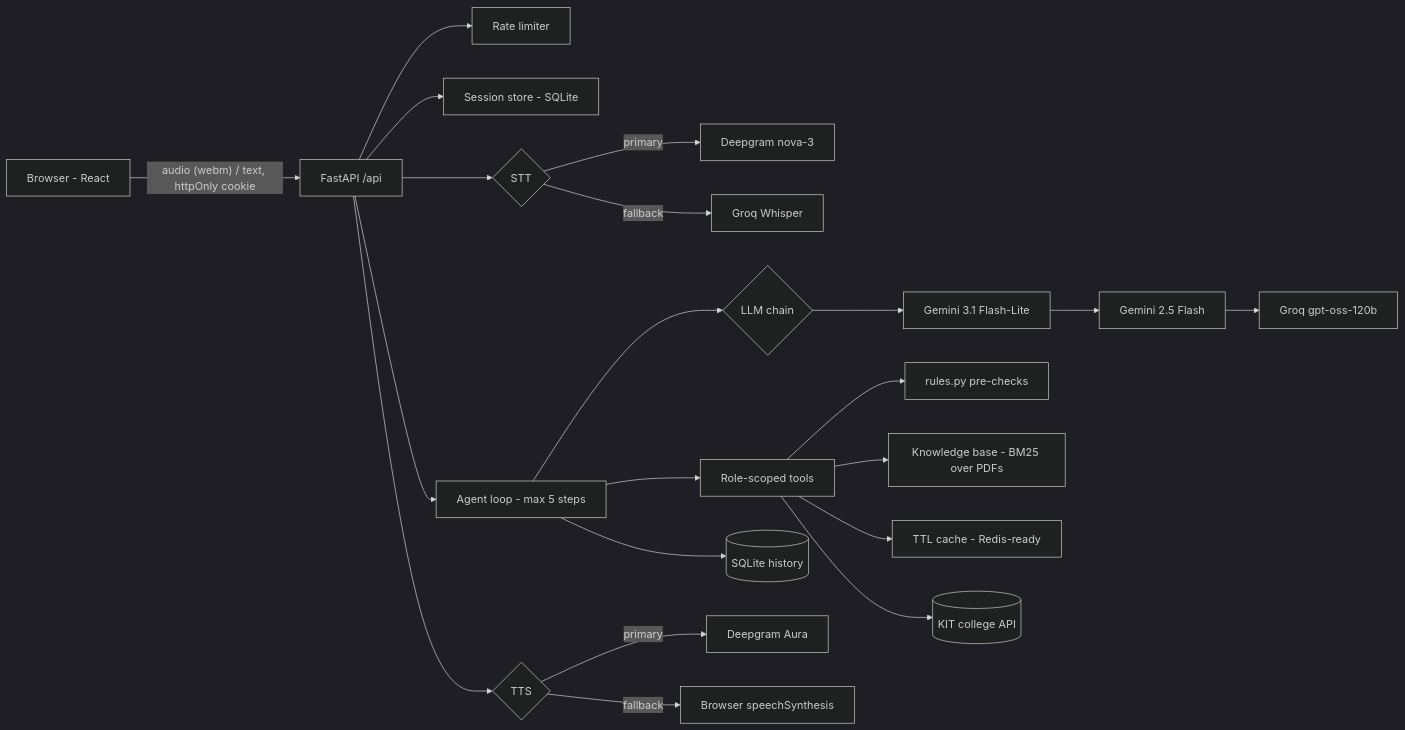
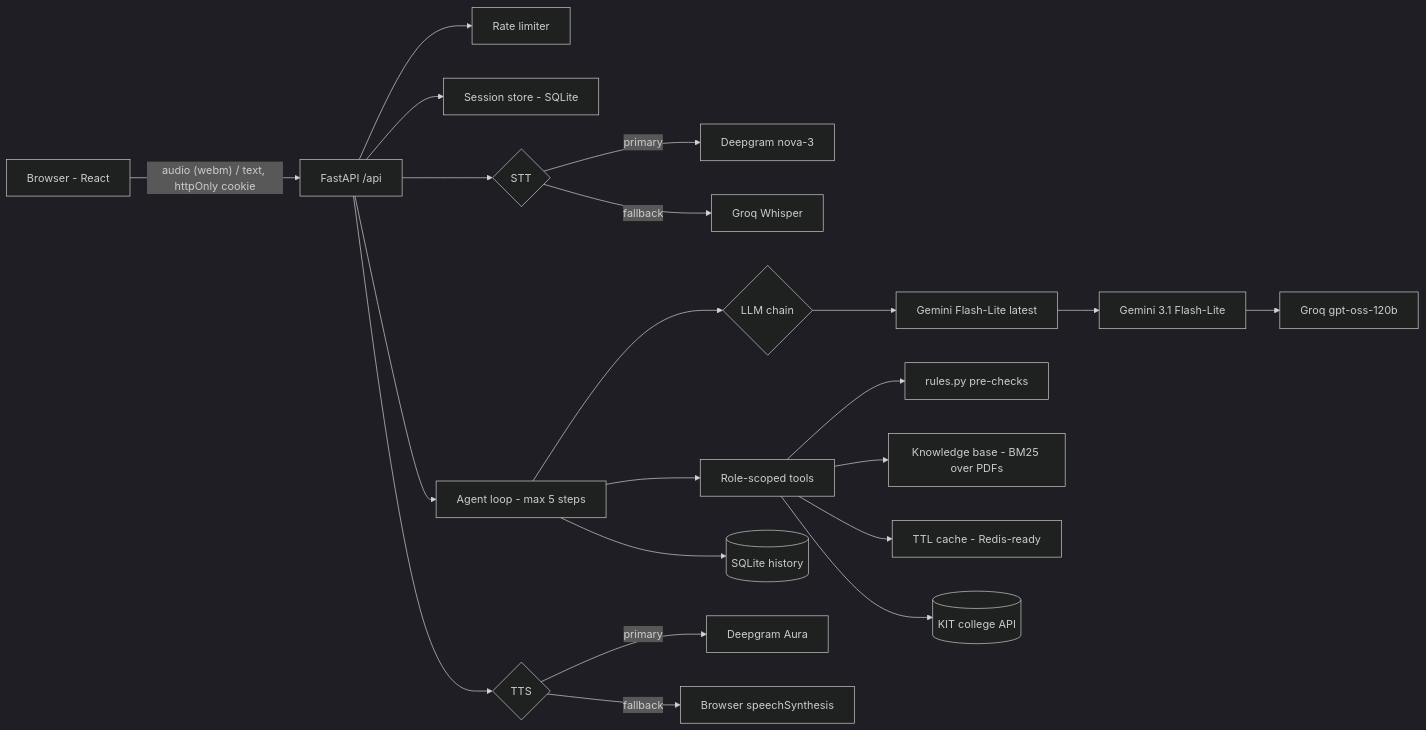
The diagram in README.md (Deepak-maxlang/kit-voice-assistant), drawn with Mermaid (dark theme) before and after one commit. The commit also changed other lines of this file and 14 other files, not shown here.

Commit message:
v2: 1.5-2s replies (flash-lite chain, 8s timeout fallback, parallel tools, login prefetch, streamed TTS) + live circular handling (rescheduled exam, working Saturdays, approval delegation)

````diff
--- a/README.md
+++ b/README.md
@@ -24,21 +24,21 @@
 ```mermaid
 flowchart LR
   B[Browser - React] -- "audio (webm) / text, httpOnly cookie" --> API[FastAPI /api]
   API --> RL[Rate limiter]
   API --> S[Session store - SQLite]
   API --> STT{STT}
   STT -->|primary| DG[Deepgram nova-3]
   STT -->|fallback| GW[Groq Whisper]
   API --> AG[Agent loop - max 5 steps]
   AG --> LLM{LLM chain}
-  LLM --> G1[Gemini 3.1 Flash-Lite] --> G2[Gemini 2.5 Flash] --> GQ[Groq gpt-oss-120b]
+  LLM --> G1[Gemini Flash-Lite latest] --> G2[Gemini 3.1 Flash-Lite] --> GQ[Groq gpt-oss-120b]
   AG --> T[Role-scoped tools]
   T --> R[rules.py pre-checks]
   T --> KB[Knowledge base - BM25 over PDFs]
   T --> C[TTL cache - Redis-ready]
   T --> KIT[(KIT college API)]
   AG --> M[(SQLite history)]
   API --> TTS{TTS}
   TTS -->|primary| AU[Deepgram Aura]
   TTS -->|fallback| SS[Browser speechSynthesis]
 ```
````
